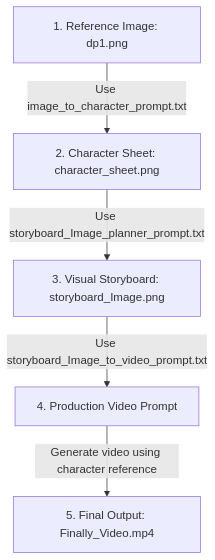
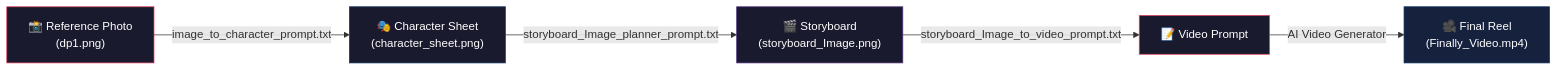
One commit to kodelyx/ai-video-creation changed the diagram in README.md. Above: the diagram before and after it, drawn with Mermaid. The commit also changed other lines of this file, not shown here.

Commit message:
docs: premium viral-ready README with image showcase, pipeline diagram, and step-by-step guide

````diff
--- a/README.md
+++ b/README.md
@@ -29,7 +68,13 @@
 ```mermaid
-graph TD
-    A[1. Reference Image: dp1.png] -->|Use image_to_character_prompt.txt| B[2. Character Sheet: character_sheet.png]
-    B -->|Use storyboard_Image_planner_prompt.txt| C[3. Visual Storyboard: storyboard_Image.png]
-    C -->|Use storyboard_Image_to_video_prompt.txt| D[4. Production Video Prompt]
-    D -->|Generate video using character reference| E[5. Final Output: Finally_Video.mp4]
+graph LR
+    A["📸 Reference Photo<br/>(dp1.png)"] -->|"image_to_character_prompt.txt"| B["🎭 Character Sheet<br/>(character_sheet.png)"]
+    B -->|"storyboard_Image_planner_prompt.txt"| C["🎬 Storyboard<br/>(storyboard_Image.png)"]
+    C -->|"storyboard_Image_to_video_prompt.txt"| D["📝 Video Prompt"]
+    D -->|"AI Video Generator"| E["🎥 Final Reel<br/>(Finally_Video.mp4)"]
+
+    style A fill:#1a1a2e,stroke:#e94560,color:#fff
+    style B fill:#1a1a2e,stroke:#0f3460,color:#fff
+    style C fill:#1a1a2e,stroke:#533483,color:#fff
+    style D fill:#1a1a2e,stroke:#e94560,color:#fff
+    style E fill:#16213e,stroke:#0f3460,color:#fff
 ```
````
